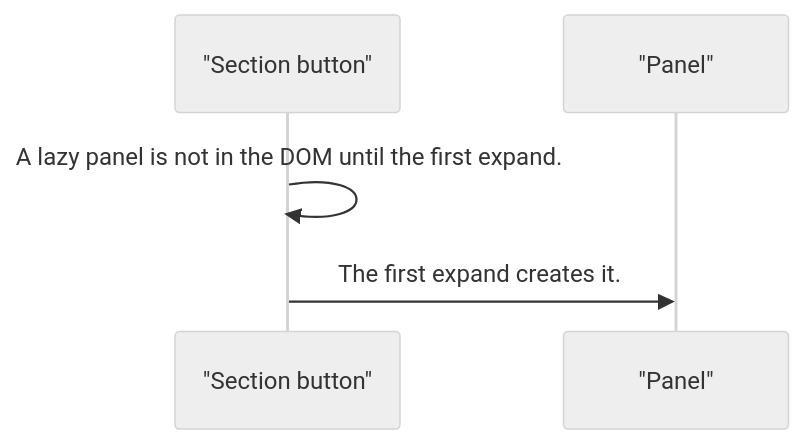
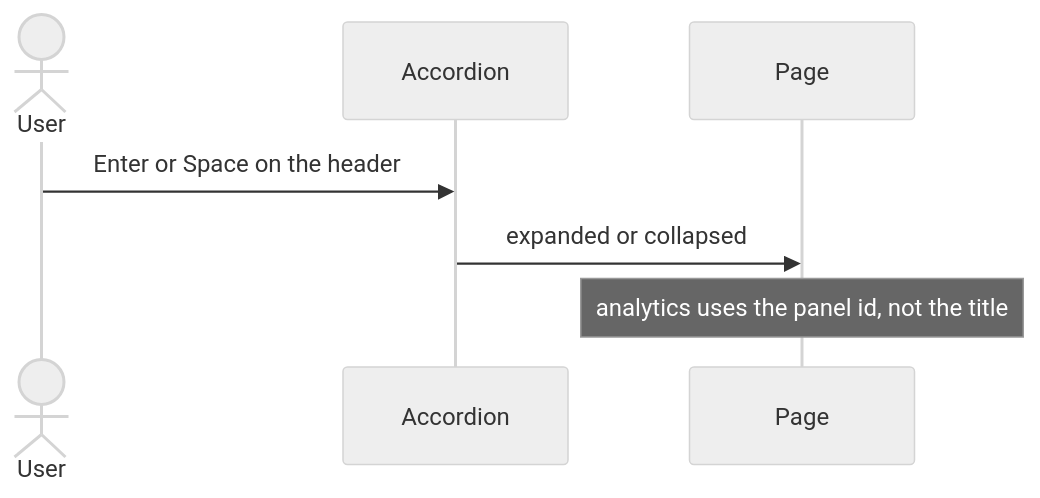
One commit to RajshekharBorate/pixel-ui changed the second of 3 diagrams in projects/pixel-ui/src/lib/pixel-accordion/DESIGN.md. Above: the diagram before and after it, drawn with Mermaid (neutral theme). The commit also changed other lines of this file and 73 other files, not shown here.

Commit message:
Explain who owns each value and what each flow does in every component and service design.

````diff
--- a/projects/pixel-ui/src/lib/pixel-accordion/DESIGN.md
+++ b/projects/pixel-ui/src/lib/pixel-accordion/DESIGN.md
@@ -57,7 +58,9 @@
 ```mermaid
 sequenceDiagram
-  participant header as "Section button"
-  participant panel as "Panel"
-  header->>header: A lazy panel is not in the DOM until the first expand.
-  header->>panel: The first expand creates it.
+  actor User
+  participant Acc as Accordion
+  participant Page
+  User->>Acc: Enter or Space on the header
+  Acc->>Page: expanded or collapsed
+  Note over Page: analytics uses the panel id, not the title
 ```
````
